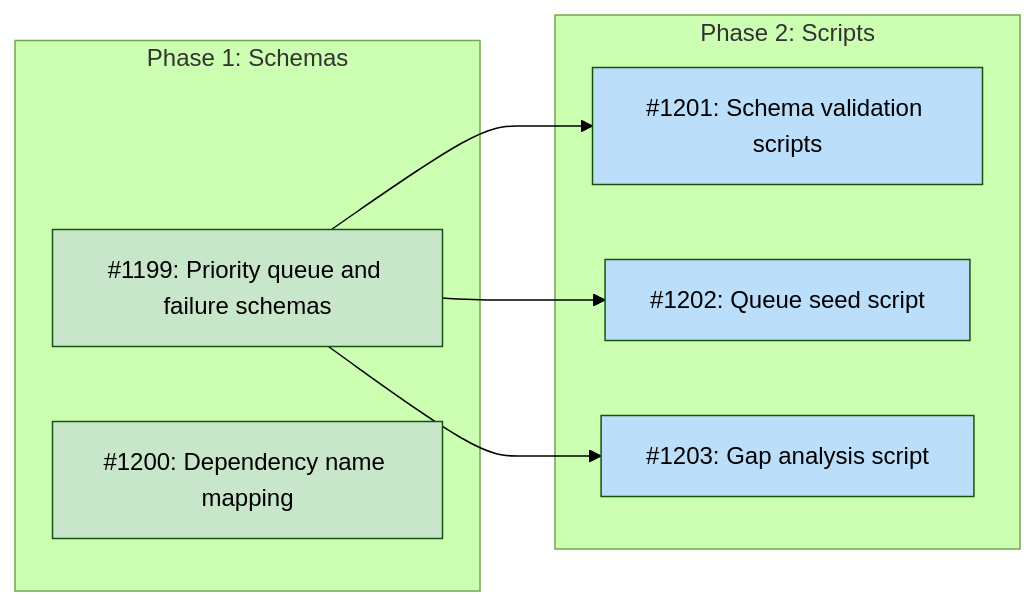
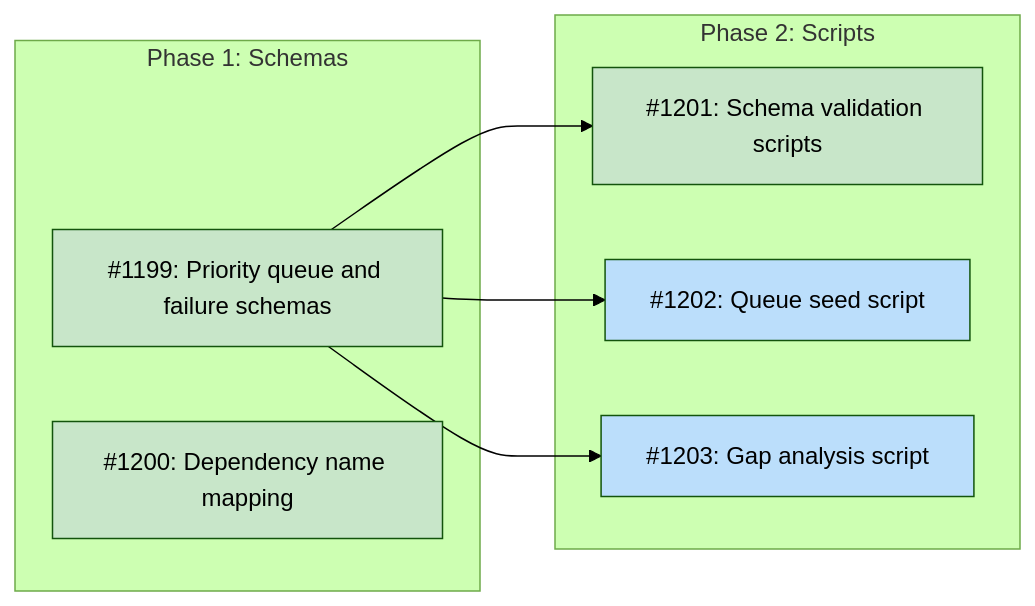
The diagram in docs/designs/DESIGN-priority-queue.md (tsukumogami/tsuku), drawn with Mermaid (forest theme) before and after one commit. The commit also changed other lines of this file and 3 other files, not shown here.

First line of the commit message:
feat(scripts): add schema validation scripts (#1201) (#1223)

````diff
--- a/docs/designs/DESIGN-priority-queue.md
+++ b/docs/designs/DESIGN-priority-queue.md
@@ -28,25 +28,26 @@
 ```mermaid
 graph LR
     subgraph Phase1["Phase 1: Schemas"]
         I1199["#1199: Priority queue and failure schemas"]
         I1200["#1200: Dependency name mapping"]
     end
 
     subgraph Phase2["Phase 2: Scripts"]
         I1201["#1201: Schema validation scripts"]
         I1202["#1202: Queue seed script"]
         I1203["#1203: Gap analysis script"]
     end
 
     I1199 --> I1201
     I1199 --> I1202
     I1199 --> I1203
 
     classDef done fill:#c8e6c9
     classDef ready fill:#bbdefb
     classDef blocked fill:#fff9c4
     classDef needsDesign fill:#e1bee7
 
     class I1199,I1200 done
-    class I1201,I1202,I1203 ready
+    class I1201 done
+    class I1202,I1203 ready
 ```
````
